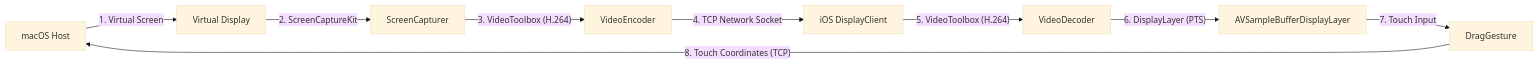
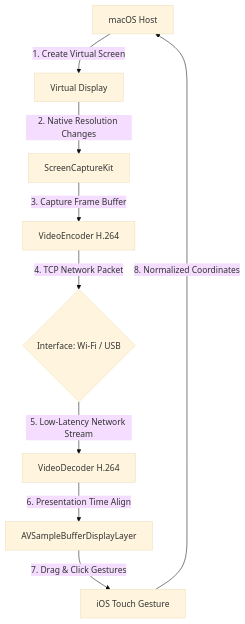
Before and after one commit to pileuszu/mirror-touch: the diagram in README.md, drawn with Mermaid (base theme). The commit also changed other lines of this file, not shown here.

````diff
--- a/README.md
+++ b/README.md
@@ -22,11 +23,11 @@
 ```mermaid
-graph LR
-    Mac[macOS Host] -- "1. Virtual Screen" --> VD[Virtual Display]
-    VD -- "2. ScreenCaptureKit" --> Capturer[ScreenCapturer]
-    Capturer -- "3. VideoToolbox (H.264)" --> Encoder[VideoEncoder]
-    Encoder -- "4. TCP Network Socket" --> Client[iOS DisplayClient]
-    Client -- "5. VideoToolbox (H.264)" --> Decoder[VideoDecoder]
-    Decoder -- "6. DisplayLayer (PTS)" --> Render[AVSampleBufferDisplayLayer]
-    Render -- "7. Touch Input" --> Gesture[DragGesture]
-    Gesture -- "8. Touch Coordinates (TCP)" --> Mac
+graph TD
+    Mac[macOS Host] -->|1. Create Virtual Screen| VD[Virtual Display]
+    VD -->|2. Native Resolution Changes| SC[ScreenCaptureKit]
+    SC -->|3. Capture Frame Buffer| Encoder[VideoEncoder H.264]
+    Encoder -->|4. TCP Network Packet| Connection{Interface: Wi-Fi / USB}
+    Connection -->|5. Low-Latency Network Stream| Decoder[VideoDecoder H.264]
+    Decoder -->|6. Presentation Time Align| Render[AVSampleBufferDisplayLayer]
+    Render -->|7. Drag & Click Gestures| Gesture[iOS Touch Gesture]
+    Gesture -->|8. Normalized Coordinates| Mac
 ```
````
